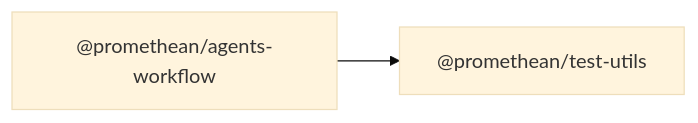
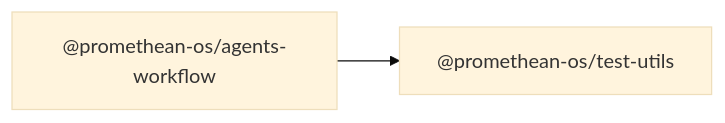
Before and after one commit to octave-commons/promethean: the diagram in docs/packages/agents-workflow/README.md, drawn with Mermaid (base theme). The commit also changed other lines of this file and 1753 other files, not shown here.

````diff
--- a/docs/packages/agents-workflow/README.md
+++ b/docs/packages/agents-workflow/README.md
@@ -14,7 +14,7 @@
 ```mermaid
 graph LR
-  A["@promethean/agents-workflow"]
-  D1["@promethean/test-utils"]
-  A --> D1["@promethean/test-utils"]
-  click D1 "../test-utils/README.md" "@promethean/test-utils"
+  A["@promethean-os/agents-workflow"]
+  D1["@promethean-os/test-utils"]
+  A --> D1["@promethean-os/test-utils"]
+  click D1 "../test-utils/README.md" "@promethean-os/test-utils"
 ```
````
